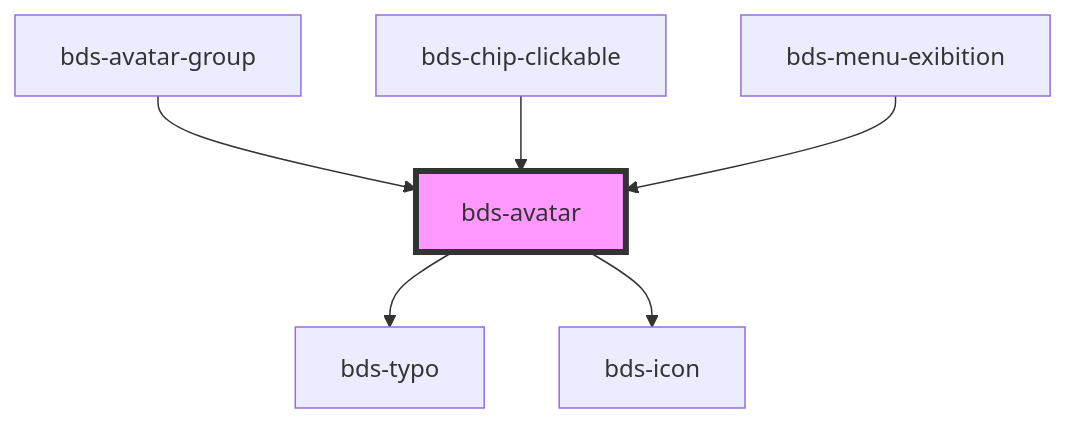
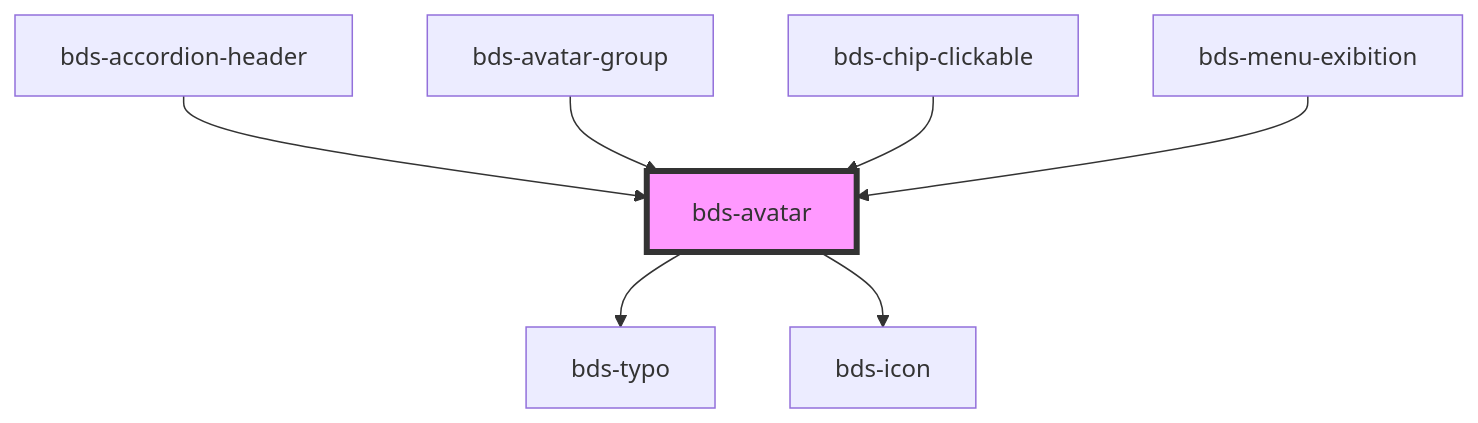
One commit to takenet/blip-ds changed the diagram in src/components/avatar/readme.md. Above: the diagram before and after it, drawn with Mermaid. The commit also changed other lines of this file and 10 other files, not shown here.

````diff
--- a/src/components/avatar/readme.md
+++ b/src/components/avatar/readme.md
@@ -33,9 +34,10 @@
 ```mermaid
 graph TD;
   bds-avatar --> bds-typo
   bds-avatar --> bds-icon
+  bds-accordion-header --> bds-avatar
   bds-avatar-group --> bds-avatar
   bds-chip-clickable --> bds-avatar
   bds-menu-exibition --> bds-avatar
   style bds-avatar fill:#f9f,stroke:#333,stroke-width:4px
 ```
````
